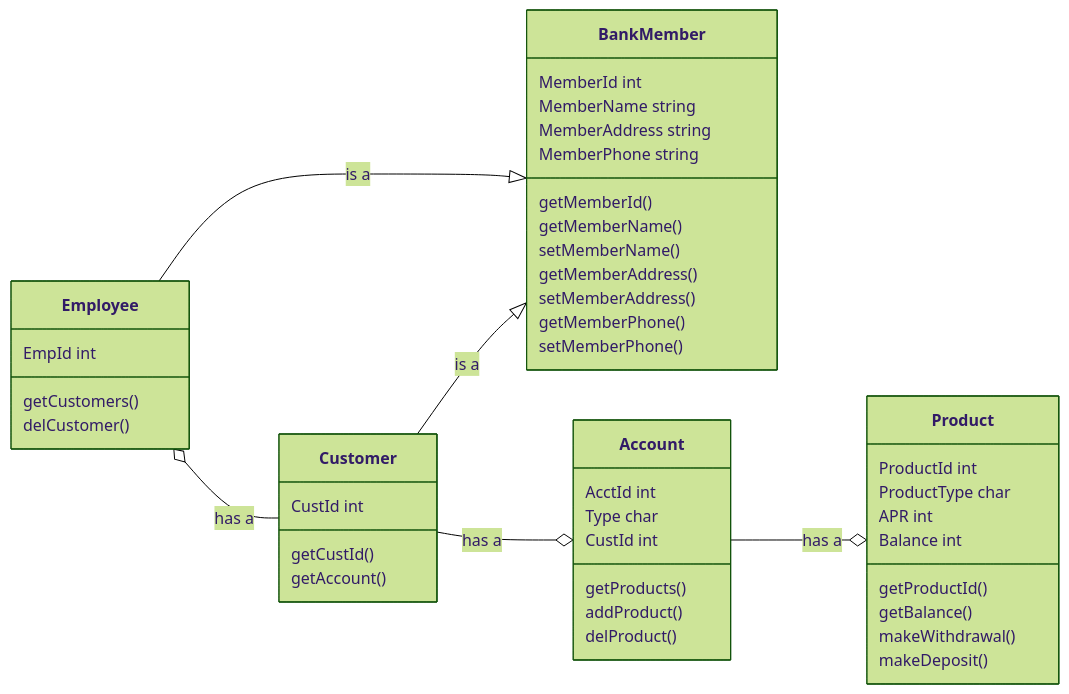
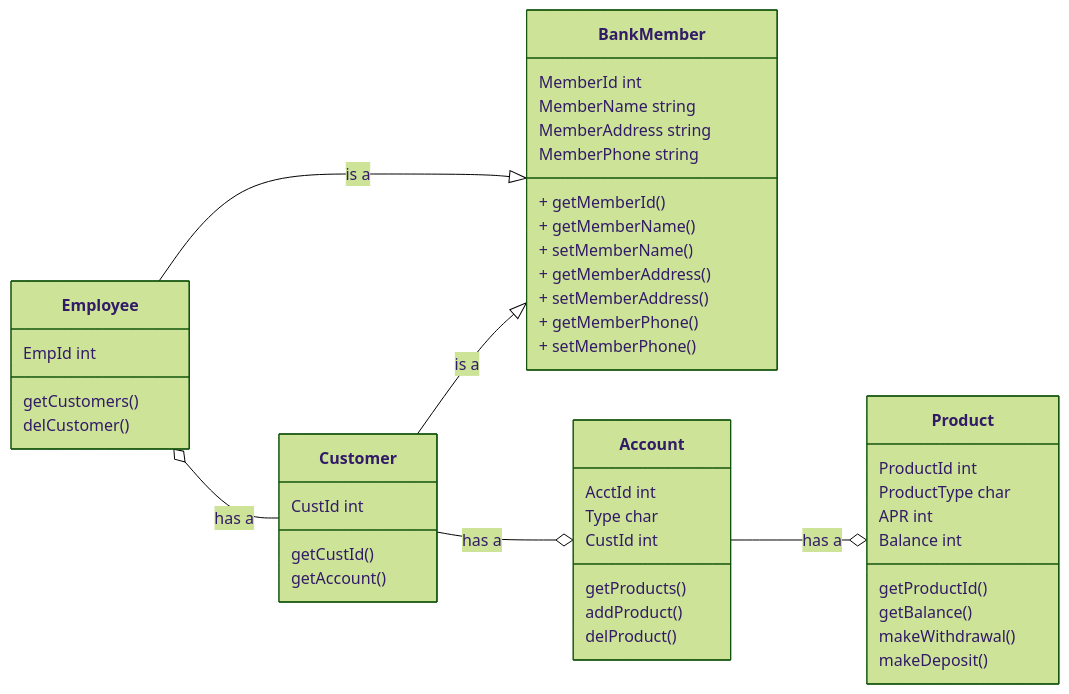
One commit to Marcus-Snell/Test changed the diagram in mermaid.md. Above: the diagram before and after it, drawn with Mermaid (forest theme).

````diff
--- a/mermaid.md
+++ b/mermaid.md
@@ -1,50 +1,50 @@
 ```mermaid
 classDiagram
 direction LR
 BankMember
 BankMember : MemberId int
 BankMember : MemberName string
 BankMember : MemberAddress string
 BankMember : MemberPhone string
-BankMember : getMemberId()
-BankMember : getMemberName()
-BankMember : setMemberName()
-BankMember : getMemberAddress()
-BankMember : setMemberAddress()
-BankMember : getMemberPhone()
-BankMember : setMemberPhone()
+BankMember : + getMemberId()
+BankMember : + getMemberName()
+BankMember : + setMemberName()
+BankMember : + getMemberAddress()
+BankMember : + setMemberAddress()
+BankMember : + getMemberPhone()
+BankMember : + setMemberPhone()
 
 
 Employee --|> BankMember : is a
 Employee o-- Customer : has a
 Employee : EmpId int
 Employee : getCustomers()
 Employee : delCustomer()
 
 Customer --|> BankMember : is a
 Customer --o Account : has a
 Customer : CustId int
 Customer : getCustId()
 Customer : getAccount()
 
 Account --o Product : has a
 Account : AcctId int
 Account : Type char
 Account : CustId int
 Account : getProducts()
 Account : addProduct()
 Account : delProduct()
 
 
 
 
 Product : ProductId int
 Product : ProductType char
 Product : APR int
 Product : Balance int
 Product : getProductId()
 Product : getBalance()
 Product : makeWithdrawal()
 Product : makeDeposit()
 
 ```
````
